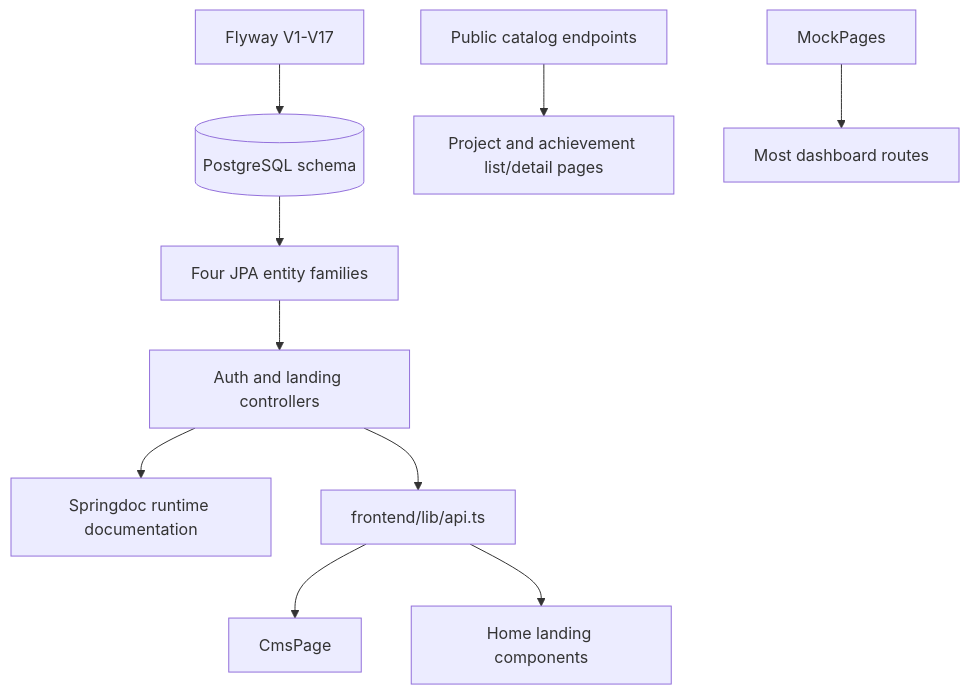
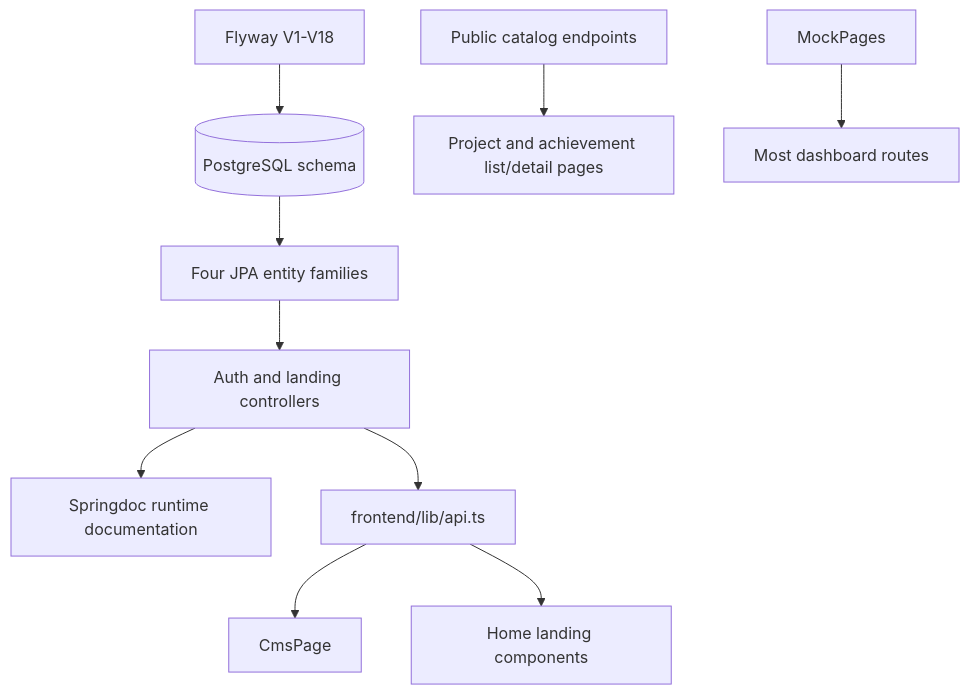
One commit to NGUYENTHANHDATHH/NEU-Debate-Club changed the diagram in docs/dependency-map.md. Above: the diagram before and after it, drawn with Mermaid. The commit also changed other lines of this file and 16 other files, not shown here.

````diff
--- a/docs/dependency-map.md
+++ b/docs/dependency-map.md
@@ -54,12 +56,12 @@
 ```mermaid
 flowchart TD
-  Migrations[Flyway V1-V17] --> PostgreSQL[(PostgreSQL schema)]
+  Migrations[Flyway V1-V18] --> PostgreSQL[(PostgreSQL schema)]
   PostgreSQL --> JPA[Four JPA entity families]
   JPA --> Controllers[Auth and landing controllers]
   Controllers --> RuntimeOpenAPI[Springdoc runtime documentation]
   Controllers --> APIClient[frontend/lib/api.ts]
   APIClient --> CMS[CmsPage]
   APIClient --> PublicHome[Home landing components]
   CatalogAPI[Public catalog endpoints] --> PublicLists[Project and achievement list/detail pages]
   MockPages --> Dashboard[Most dashboard routes]
 ```
````
